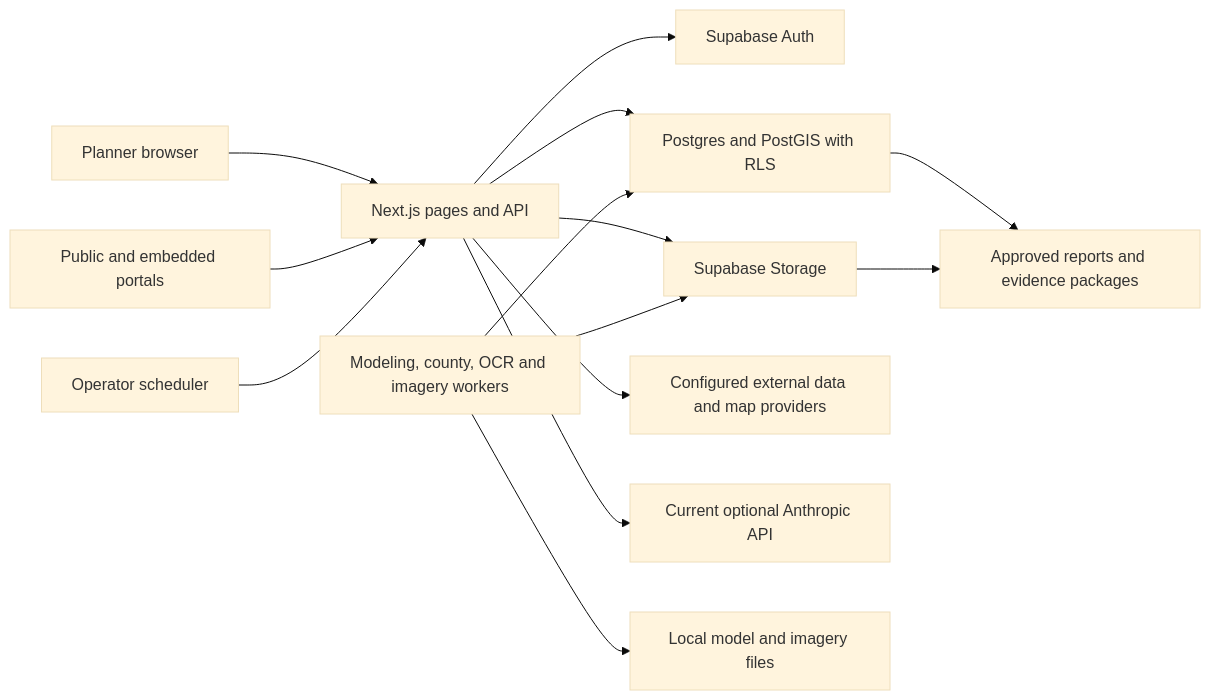
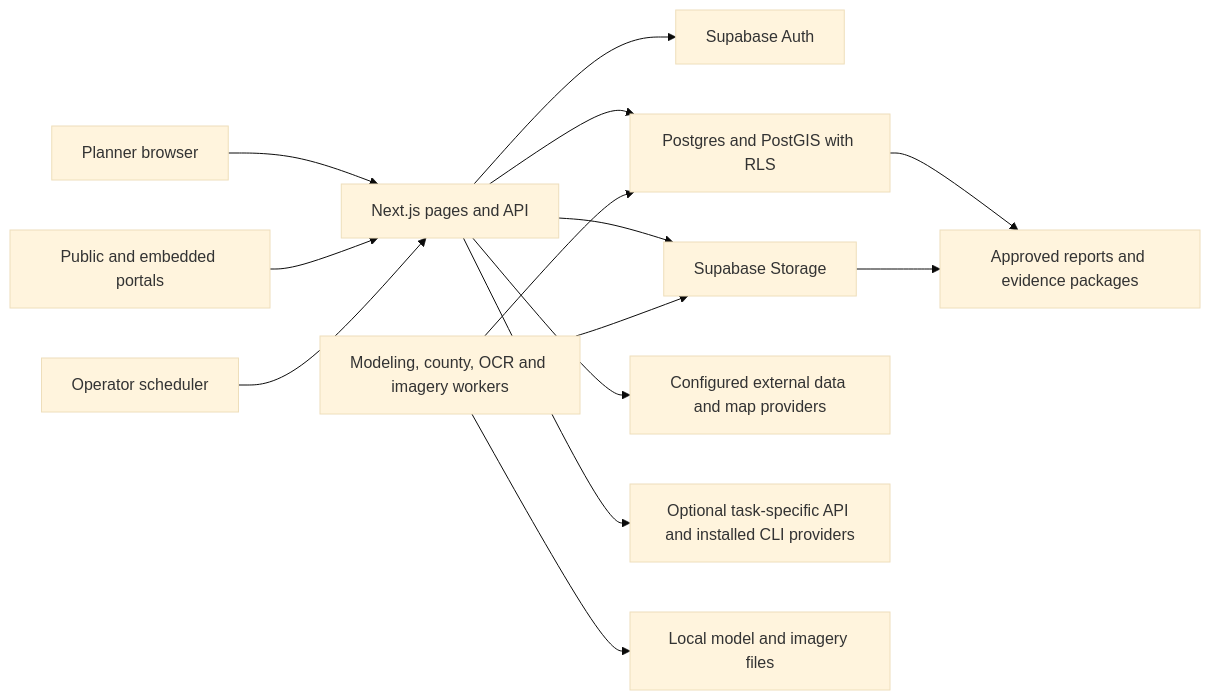
One commit to nfredmond/openplan changed the diagram in docs/ARCHITECTURE.md. Above: the diagram before and after it, drawn with Mermaid (base theme). The commit also changed other lines of this file and 6 other files, not shown here.

````diff
--- a/docs/ARCHITECTURE.md
+++ b/docs/ARCHITECTURE.md
@@ -22,16 +22,16 @@
 ```mermaid
 flowchart LR
     Planner[Planner browser] --> App[Next.js pages and API]
     Public[Public and embedded portals] --> App
     App --> Auth[Supabase Auth]
     App --> DB[Postgres and PostGIS with RLS]
     App --> Storage[Supabase Storage]
     App --> Sources[Configured external data and map providers]
-    App --> AI[Current optional Anthropic API]
+    App --> AI[Optional task-specific API and installed CLI providers]
     Workers[Modeling, county, OCR and imagery workers] --> DB
     Workers --> Storage
     Workers --> Local[Local model and imagery files]
     Scheduler[Operator scheduler] --> App
     DB --> Exports[Approved reports and evidence packages]
     Storage --> Exports
 ```
````
